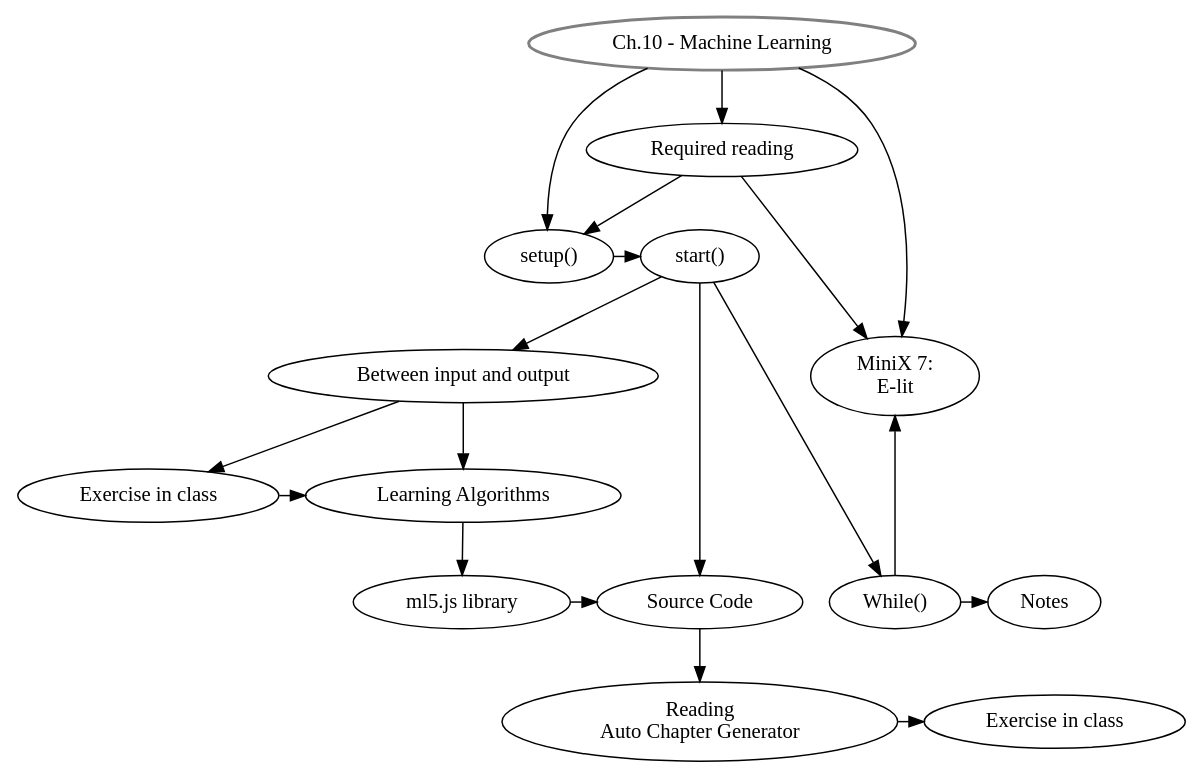
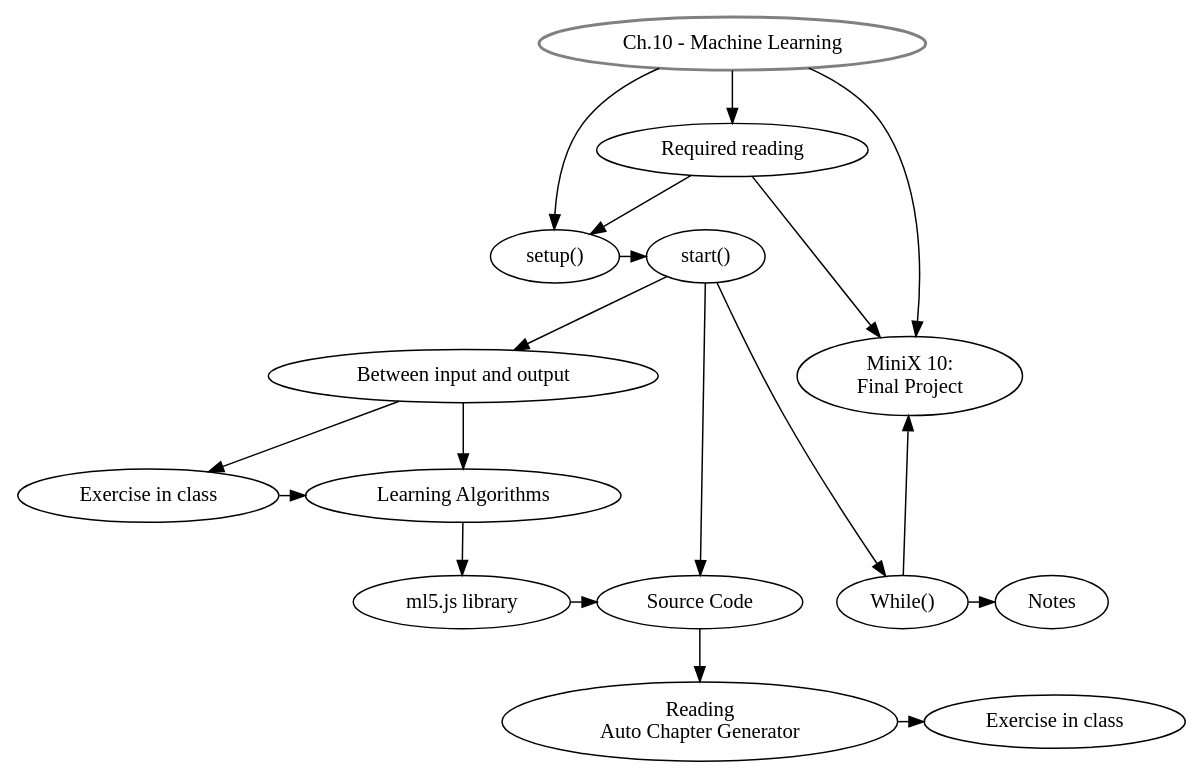
One commit to danbz/aesthetic-programming changed the diagram in graphviz/AP_ch10.dot. Above: the diagram before and after it, drawn with Graphviz.

Commit message:
update graphviz

```diff
--- a/graphviz/AP_ch10.dot
+++ b/graphviz/AP_ch10.dot
@@ -1,40 +1,40 @@
 digraph G {
 //labels
 GS [
 label="Ch.10 - Machine Learning",
 style=bold,
 color=grey,
 ]
 
 SU [label="setup()"]
 ST [label="start()"]
 IO [label="Between input and output"]
 EiC [label="Exercise in class"]
 LA [label="Learning Algorithms"]
 ml5 [label="ml5.js library"]
 SC [label="Source Code"]
 RAG [label="Reading \nAuto Chapter Generator"]
 EiC2 [label="Exercise in class"]
 MW [label="While()"]
-MX [label="MiniX 7: \nE-lit"]
+MX [label="MiniX 10: \nFinal Project"]
 RR [label="Required reading"]
 Notes [label="Notes"]
 
 //rank
 {rank = same; SU, ST}
 {rank = same; MX, IO}
 {rank = same; MW, ml5, Notes}
 {rank = same; ml5, SC}
 {rank = same; EiC, LA}
 {rank = same; EiC2, RAG}
 
 //graph
 GS -> SU -> ST -> IO -> EiC;
 GS -> RR, MX;
 RR -> MX, SU;
 EiC -> LA;
 IO -> LA -> ml5 -> SC;
 ST -> SC -> RAG -> EiC2;
 ST -> MW -> Notes;
 MW -> MX;
 }
```
